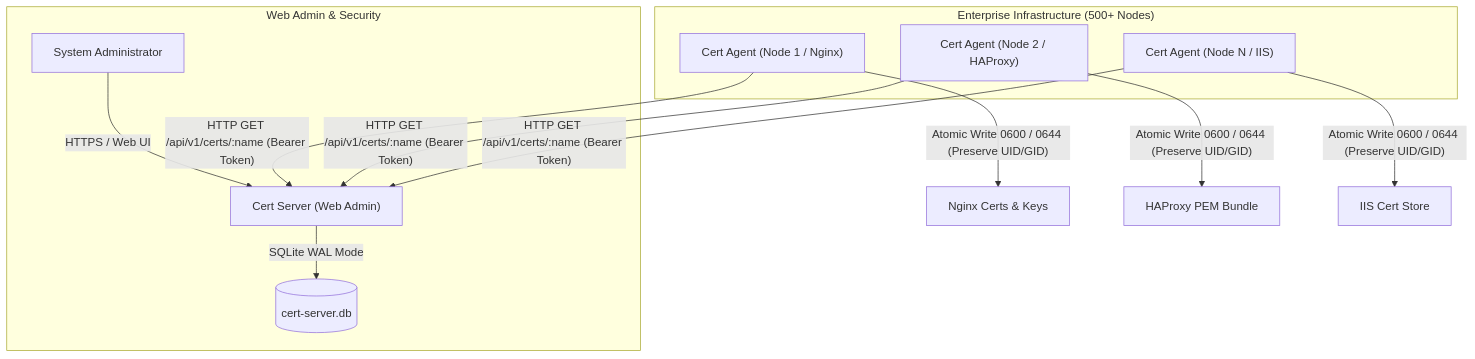
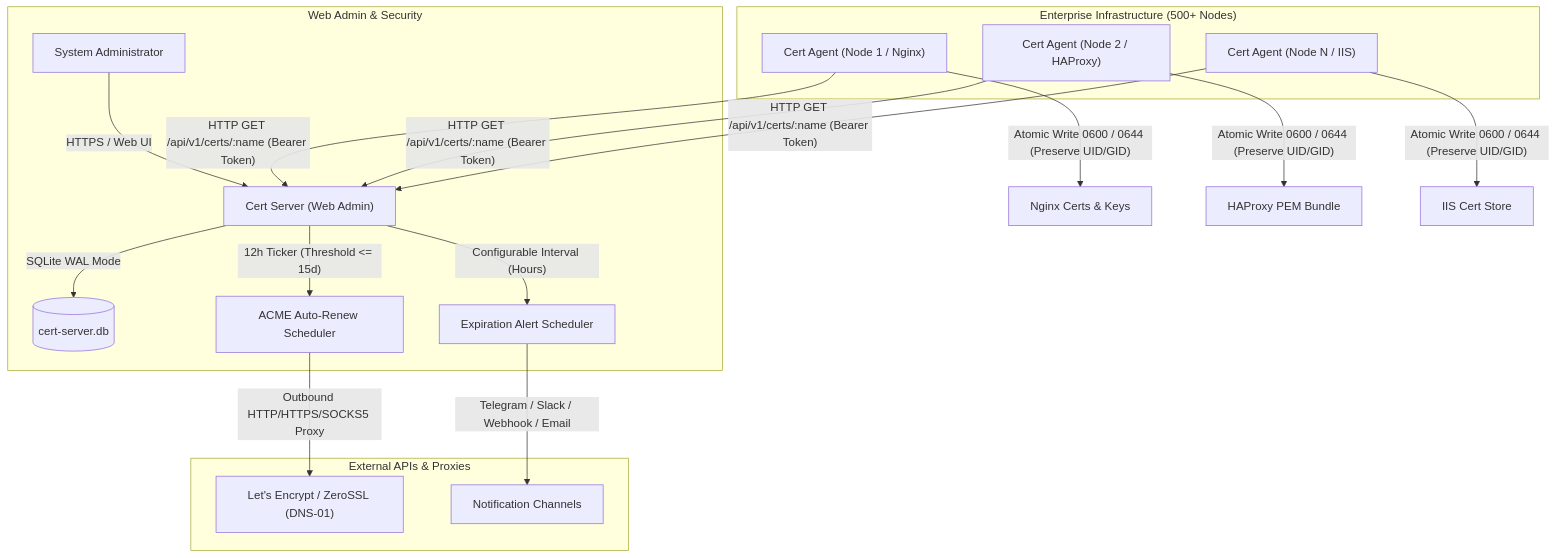
The diagram in README.md (heroes1412/cert-deployer), drawn with Mermaid before and after one commit. The commit also changed other lines of this file, not shown here.

Commit message:
docs: Update README.md with ZeroSSL 1-field API Key, Outbound Proxy, Notification Test & Alert Scheduler features

````diff
--- a/README.md
+++ b/README.md
@@ -9,21 +9,28 @@
 ```mermaid
 graph TD
     subgraph WebAdmin["Web Admin & Security"]
         Admin["System Administrator"] -->|"HTTPS / Web UI"| ServerDashboard["Cert Server (Web Admin)"]
         ServerDashboard -->|"SQLite WAL Mode"| DB[("cert-server.db")]
+        ServerDashboard -->|"12h Ticker (Threshold <= 15d)"| ACMEScheduler["ACME Auto-Renew Scheduler"]
+        ServerDashboard -->|"Configurable Interval (Hours)"| NotifyScheduler["Expiration Alert Scheduler"]
+    end
+
+    subgraph ExternalServices["External APIs & Proxies"]
+        ACMEScheduler -->|"Outbound HTTP/HTTPS/SOCKS5 Proxy"| ACMECA["Let's Encrypt / ZeroSSL (DNS-01)"]
+        NotifyScheduler -->|"Telegram / Slack / Webhook / Email"| Channels["Notification Channels"]
     end
 
     subgraph Clients["Enterprise Infrastructure (500+ Nodes)"]
         Agent1["Cert Agent (Node 1 / Nginx)"]
         Agent2["Cert Agent (Node 2 / HAProxy)"]
         AgentN["Cert Agent (Node N / IIS)"]
     end
 
     Agent1 -->|"HTTP GET /api/v1/certs/:name (Bearer Token)"| ServerDashboard
     Agent2 -->|"HTTP GET /api/v1/certs/:name (Bearer Token)"| ServerDashboard
     AgentN -->|"HTTP GET /api/v1/certs/:name (Bearer Token)"| ServerDashboard
 
     Agent1 -->|"Atomic Write 0600 / 0644 (Preserve UID/GID)"| WebFS1["Nginx Certs & Keys"]
     Agent2 -->|"Atomic Write 0600 / 0644 (Preserve UID/GID)"| WebFS2["HAProxy PEM Bundle"]
     AgentN -->|"Atomic Write 0600 / 0644 (Preserve UID/GID)"| WebFS3["IIS Cert Store"]
 ```
````
